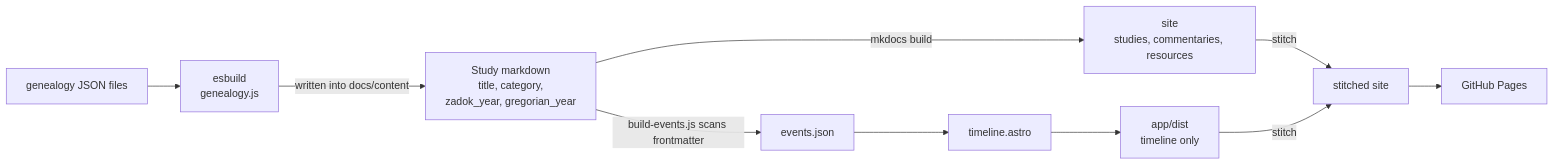
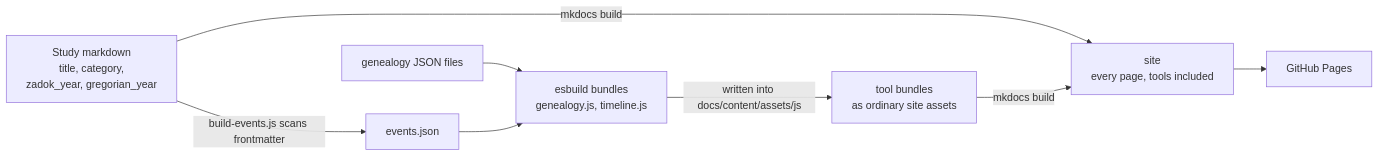
Before and after one commit to ding0t/bible_studies: the first of 2 diagrams in docs/content/resources/site-architecture.md, drawn with Mermaid. The commit also changed other lines of this file and 16 other files, not shown here.

First line of the commit message:
feat(timeline): serve the timeline as a mkdocs page and remove Astro

````diff
--- a/docs/content/resources/site-architecture.md
+++ b/docs/content/resources/site-architecture.md
@@ -22,17 +24,13 @@
 ```mermaid
 flowchart LR
     content["Study markdown<br/>title, category,<br/>zadok_year, gregorian_year"]
 
-    content -->|mkdocs build| site["site<br/>studies, commentaries, resources"]
     content -->|build-events.js scans frontmatter| events["events.json"]
+    genjson["genealogy JSON files"] --> bundles
+    events --> bundles["esbuild bundles<br/>genealogy.js, timeline.js"]
+    bundles -->|written into docs/content/assets/js| assets["tool bundles<br/>as ordinary site assets"]
 
-    genjson["genealogy JSON files"] --> genbundle["esbuild<br/>genealogy.js"]
-    genbundle -->|written into docs/content| content
-    events --> timeline["timeline.astro"]
-
-    timeline --> dist["app/dist<br/>timeline only"]
-
-    site -->|stitch| stitched["stitched site"]
-    dist -->|stitch| stitched
-    stitched --> pages["GitHub Pages"]
+    content -->|mkdocs build| site["site<br/>every page, tools included"]
+    assets -->|mkdocs build| site
+    site --> pages["GitHub Pages"]
 ```
````
